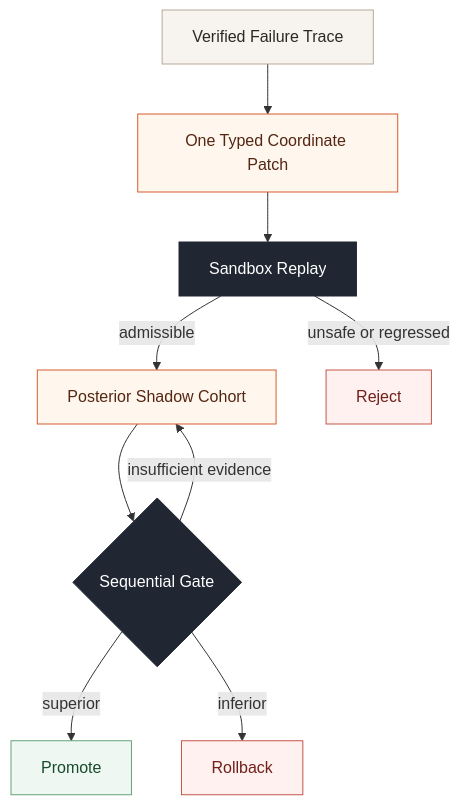
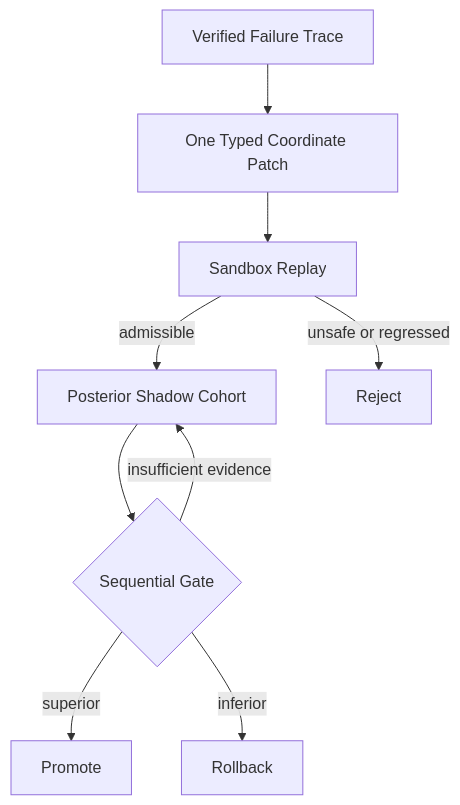
One commit to jiaweine/EcomEvo-Harness changed the second of 3 diagrams in README.md. Above: the diagram before and after it, drawn with Mermaid. The commit also changed other lines of this file, not shown here.

````diff
--- a/README.md
+++ b/README.md
@@ -122,22 +220,11 @@
 ```mermaid
 flowchart TB
     FAIL[Verified Failure Trace] --> PATCH[One Typed Coordinate Patch]
     PATCH --> REPLAY[Sandbox Replay]
     REPLAY -->|admissible| SHADOW[Posterior Shadow Cohort]
     REPLAY -->|unsafe or regressed| REJECT[Reject]
     SHADOW --> DECIDE{Sequential Gate}
     DECIDE -->|superior| ACTIVE[Promote]
     DECIDE -->|inferior| ROLLBACK[Rollback]
     DECIDE -->|insufficient evidence| SHADOW
-
-    classDef source fill:#f7f3ee,stroke:#b7a99b,color:#2b2926
-    classDef candidate fill:#fff7ed,stroke:#d65d2f,color:#542614
-    classDef gate fill:#202733,stroke:#202733,color:#ffffff
-    classDef pass fill:#eef7f1,stroke:#65a47e,color:#194c2f
-    classDef fail fill:#fff1ef,stroke:#c4564a,color:#6f211a
-    class FAIL source
-    class PATCH,SHADOW candidate
-    class REPLAY,DECIDE gate
-    class ACTIVE pass
-    class REJECT,ROLLBACK fail
 ```
````
